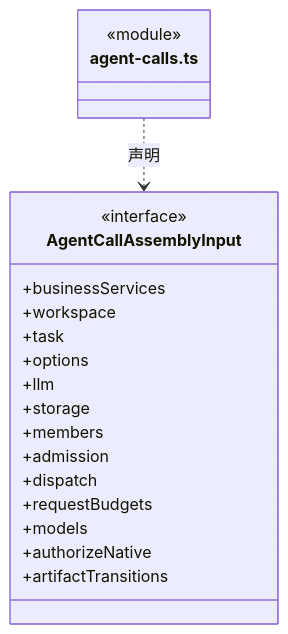
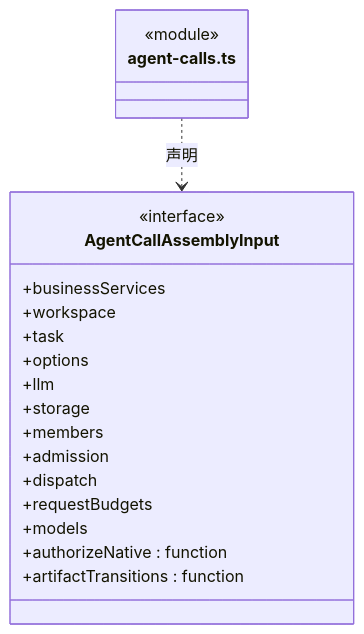
One commit to nan023062/cbim changed the fourth of 11 diagrams in src/logic/application/assembly/ARCHITECTURE.md. Above: the diagram before and after it, drawn with Mermaid. The commit also changed other lines of this file and 137 other files, not shown here.

Commit message:
fix: align architecture generator with documentation standards

````diff
--- a/src/logic/application/assembly/ARCHITECTURE.md
+++ b/src/logic/application/assembly/ARCHITECTURE.md
@@ -209,23 +213,23 @@
 ```mermaid
 classDiagram
 class N_src_logic_application_assembly_agent_calls_ts["agent-calls.ts"] {
   <<module>>
 }
 class N_src_logic_application_assembly_agent_calls_ts_AgentCallAssemblyInput["AgentCallAssemblyInput"] {
   <<interface>>
   +businessServices
   +workspace
   +task
   +options
   +llm
   +storage
   +members
   +admission
   +dispatch
   +requestBudgets
   +models
-  +authorizeNative
-  +artifactTransitions
+  +authorizeNative : function
+  +artifactTransitions : function
 }
 N_src_logic_application_assembly_agent_calls_ts ..> N_src_logic_application_assembly_agent_calls_ts_AgentCallAssemblyInput : 声明
 ```
````
